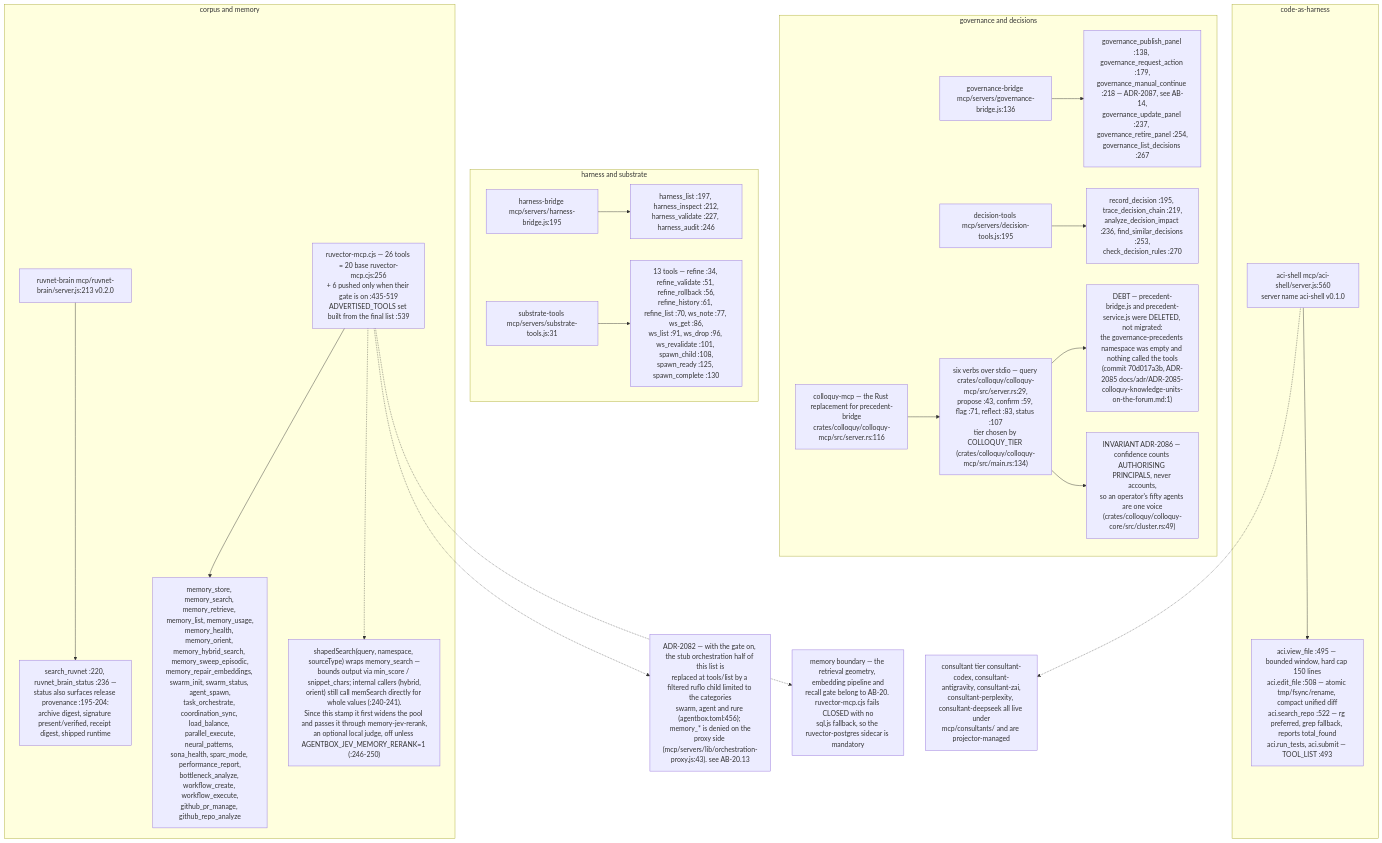
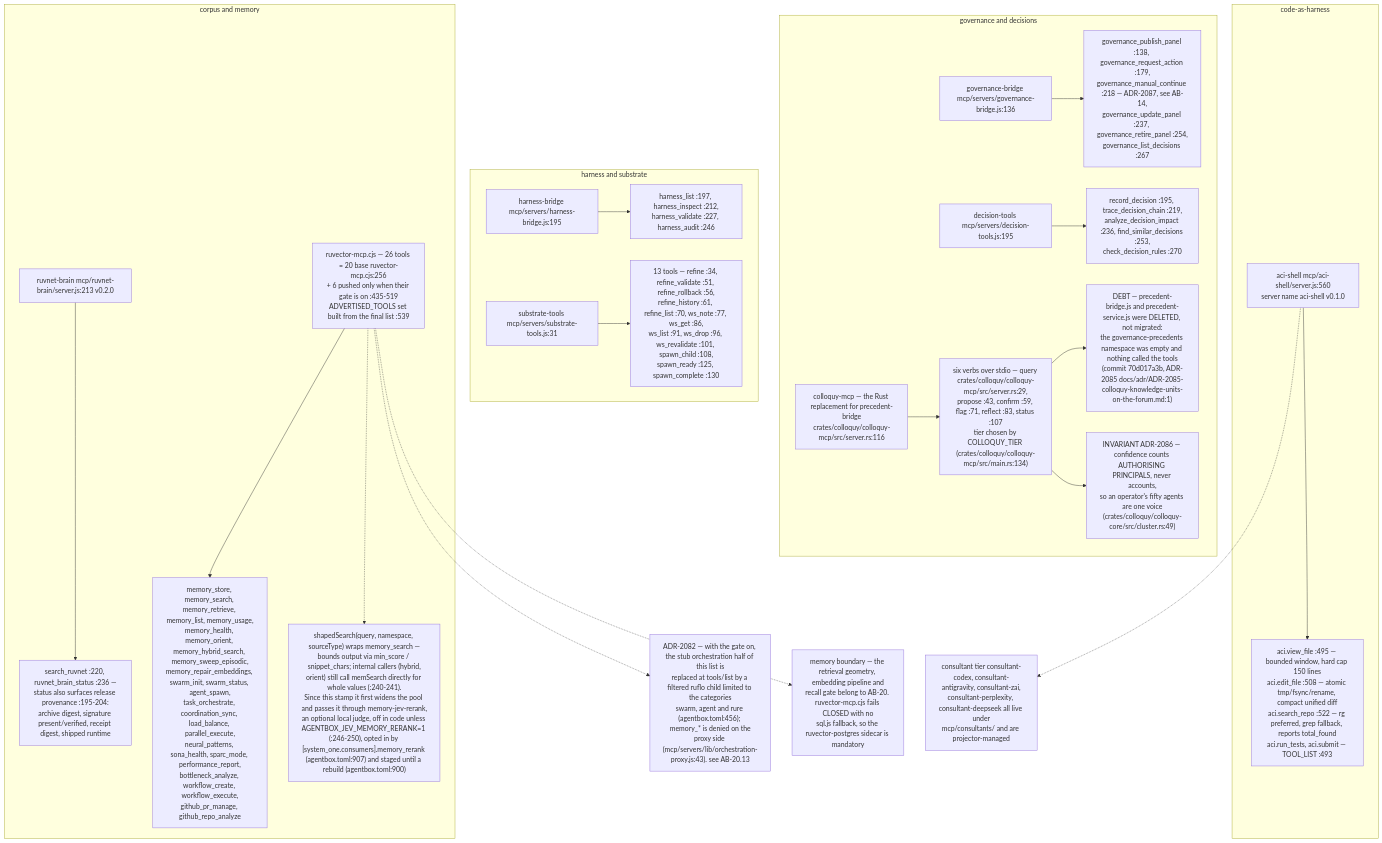
Before and after one commit to DreamLab-AI/VisionFlow: the fifth of 7 diagrams in docs/diagrams/agentbox/09-mcp-servers-catalogue.md, drawn with Mermaid. The commit also changed other lines of this file and 145 other files, not shown here.

````diff
--- a/docs/diagrams/agentbox/09-mcp-servers-catalogue.md
+++ b/docs/diagrams/agentbox/09-mcp-servers-catalogue.md
@@ -162,26 +162,26 @@
 ```mermaid
 flowchart TB
     subgraph CODE["code-as-harness"]
         A["aci-shell mcp/aci-shell/server.js:560<br/>server name aci-shell v0.1.0"]
         A --> AT["aci.view_file :495 — bounded window, hard cap 150 lines<br/>aci.edit_file :508 — atomic tmp/fsync/rename, compact unified diff<br/>aci.search_repo :522 — rg preferred, grep fallback, reports total_found<br/>aci.run_tests, aci.submit — TOOL_LIST :493"]
     end
     subgraph GOV["governance and decisions"]
         D["governance-bridge mcp/servers/governance-bridge.js:136"] --> DT["governance_publish_panel :138, governance_request_action :179,<br/>governance_manual_continue :218 — ADR-2087, see AB-14,<br/>governance_update_panel :237, governance_retire_panel :254,<br/>governance_list_decisions :267"]
         E["decision-tools mcp/servers/decision-tools.js:195"] --> ET["record_decision :195, trace_decision_chain :219,<br/>analyze_decision_impact :236, find_similar_decisions :253,<br/>check_decision_rules :270"]
         F["colloquy-mcp — the Rust replacement for precedent-bridge<br/>crates/colloquy/colloquy-mcp/src/server.rs:116"] --> FT["six verbs over stdio — query crates/colloquy/colloquy-mcp/src/server.rs:29,<br/>propose :43, confirm :59, flag :71, reflect :83, status :107<br/>tier chosen by COLLOQUY_TIER (crates/colloquy/colloquy-mcp/src/main.rs:134)"]
         FT --> FR["DEBT — precedent-bridge.js and precedent-service.js were DELETED, not migrated:<br/>the governance-precedents namespace was empty and nothing called the tools<br/>(commit 70d017a3b, ADR-2085 docs/adr/ADR-2085-colloquy-knowledge-units-on-the-forum.md:1)"]
         FT --> FI["INVARIANT ADR-2086 — confidence counts AUTHORISING PRINCIPALS, never accounts,<br/>so an operator's fifty agents are one voice<br/>(crates/colloquy/colloquy-core/src/cluster.rs:49)"]
     end
     subgraph HARN["harness and substrate"]
         G["harness-bridge mcp/servers/harness-bridge.js:195"] --> GT["harness_list :197, harness_inspect :212,<br/>harness_validate :227, harness_audit :246"]
         H["substrate-tools mcp/servers/substrate-tools.js:31"] --> HT["13 tools — refine :34, refine_validate :51, refine_rollback :56,<br/>refine_history :61, refine_list :70, ws_note :77, ws_get :86,<br/>ws_list :91, ws_drop :96, ws_revalidate :101, spawn_child :108,<br/>spawn_ready :125, spawn_complete :130"]
     end
     subgraph KB["corpus and memory"]
         I["ruvnet-brain mcp/ruvnet-brain/server.js:213 v0.2.0"] --> IT["search_ruvnet :220, ruvnet_brain_status :236 —<br/>status also surfaces release provenance :195-204:<br/>archive digest, signature present/verified, receipt digest, shipped runtime"]
         J["ruvector-mcp.cjs — 26 tools = 20 base ruvector-mcp.cjs:256<br/>+ 6 pushed only when their gate is on :435-519<br/>ADVERTISED_TOOLS set built from the final list :539"] --> JT["memory_store, memory_search, memory_retrieve, memory_list, memory_usage,<br/>memory_health, memory_orient, memory_hybrid_search, memory_sweep_episodic,<br/>memory_repair_embeddings, swarm_init, swarm_status, agent_spawn,<br/>task_orchestrate, coordination_sync, load_balance, parallel_execute,<br/>neural_patterns, sona_health, sparc_mode, performance_report,<br/>bottleneck_analyze, workflow_create, workflow_execute,<br/>github_pr_manage, github_repo_analyze"]
-        J -.-> JS["shapedSearch(query, namespace, sourceType) wraps memory_search —<br/>bounds output via min_score / snippet_chars; internal callers (hybrid,<br/>orient) still call memSearch directly for whole values (:240-241).<br/>Since this stamp it first widens the pool and passes it through memory-jev-rerank,<br/>an optional local judge, off unless AGENTBOX_JEV_MEMORY_RERANK=1 (:246-250)"]
+        J -.-> JS["shapedSearch(query, namespace, sourceType) wraps memory_search —<br/>bounds output via min_score / snippet_chars; internal callers (hybrid,<br/>orient) still call memSearch directly for whole values (:240-241).<br/>Since this stamp it first widens the pool and passes it through memory-jev-rerank,<br/>an optional local judge, off in code unless AGENTBOX_JEV_MEMORY_RERANK=1 (:246-250), opted in by [system_one.consumers].memory_rerank (agentbox.toml:907) and staged until a rebuild (agentbox.toml:900)"]
     end
     J -.-> RVO["ADR-2082 — with the gate on, the stub orchestration half of this list is<br/>replaced at tools/list by a filtered ruflo child limited to the categories<br/>swarm, agent and rure (agentbox.toml:456); memory_* is denied on the<br/>proxy side (mcp/servers/lib/orchestration-proxy.js:43). see AB-20.13"]
     J -.-> RVB["memory boundary — the retrieval geometry, embedding pipeline and<br/>recall gate belong to AB-20. ruvector-mcp.cjs fails CLOSED with no<br/>sql.js fallback, so the ruvector-postgres sidecar is mandatory"]
     A -.-> AB["consultant tier consultant-codex, consultant-antigravity, consultant-zai,<br/>consultant-perplexity, consultant-deepseek all live under<br/>mcp/consultants/ and are projector-managed"]
 ```
````
